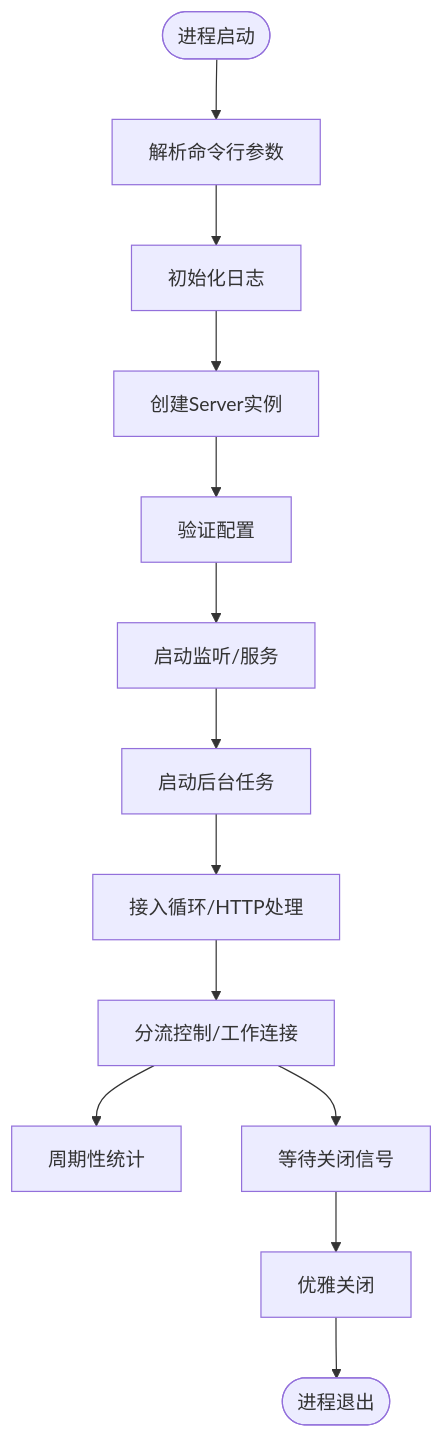
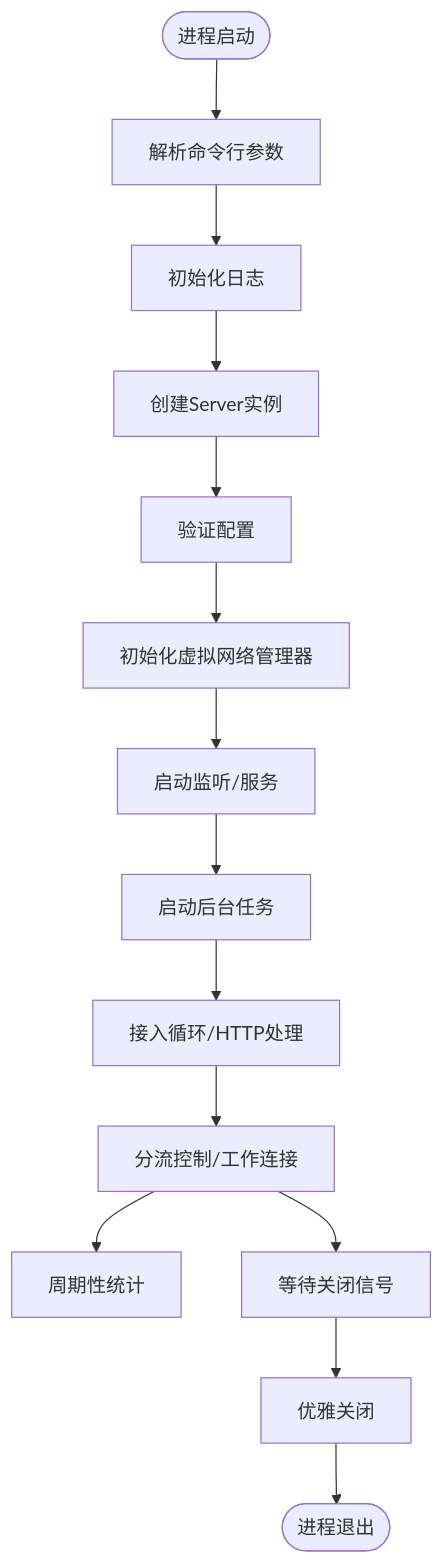
The ninth of 10 diagrams in .qoder/repowiki/zh/content/服务端架构/服务端架构.md (itsharex/NexTunnel), drawn with Mermaid before and after one commit. The commit also changed other lines of this file and 23 other files, not shown here.

````diff
--- a/.qoder/repowiki/zh/content/服务端架构/服务端架构.md
+++ b/.qoder/repowiki/zh/content/服务端架构/服务端架构.md
@@ -443,15 +567,16 @@
 ```mermaid
 flowchart TD
 Start(["进程启动"]) --> Parse["解析命令行参数"]
 Parse --> InitLogger["初始化日志"]
 InitLogger --> NewServer["创建Server实例"]
 NewServer --> ValidateConfig["验证配置"]
-ValidateConfig --> Run["启动监听/服务"]
+ValidateConfig --> InitVirtualNet["初始化虚拟网络管理器"]
+InitVirtualNet --> Run["启动监听/服务"]
 Run --> Background["启动后台任务"]
 Background --> Accept["接入循环/HTTP处理"]
 Accept --> Handle["分流控制/工作连接"]
 Handle --> StatsTicker["周期性统计"]
 Handle --> Graceful["等待关闭信号"]
 Graceful --> Shutdown["优雅关闭"]
 Shutdown --> End(["进程退出"])
 ```
````
